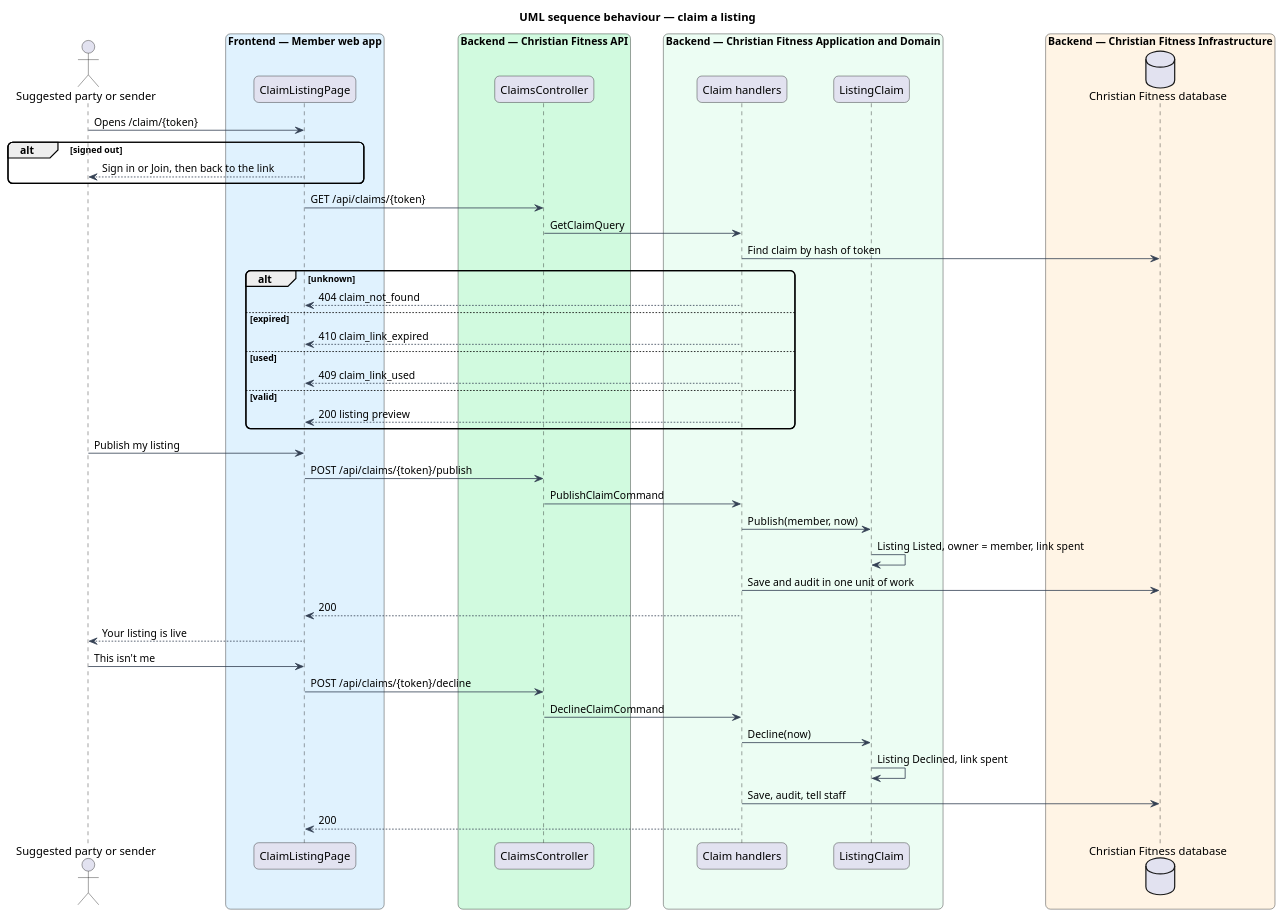
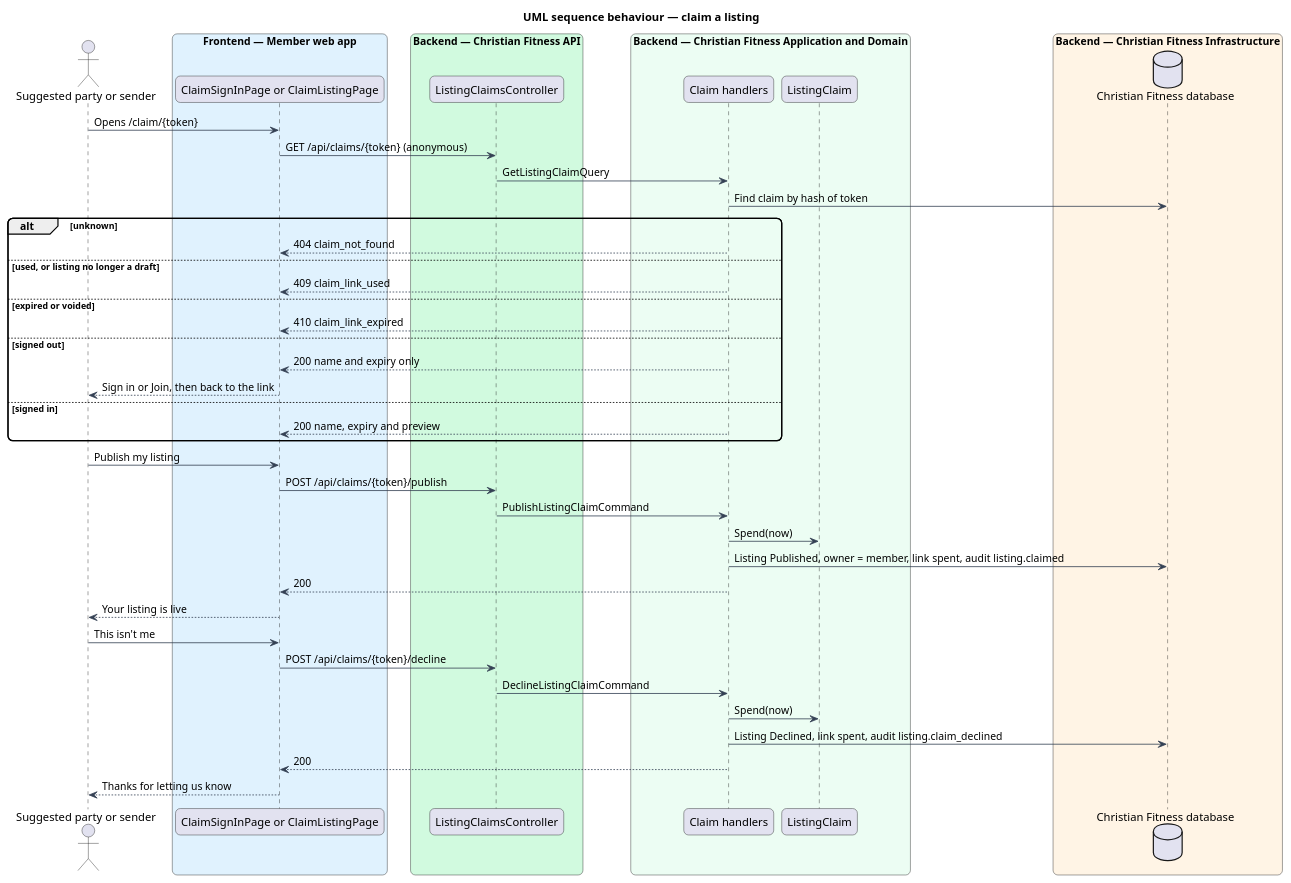
Before and after one commit to QuinntyneBrown/christian-fitness: the diagram in docs/detailed-designs/directory/claim-listing/diagrams/sequence-claim.puml, drawn with PlantUML. The commit also changed 41 other files, not shown here.

Commit message:
Journey 19: ADR 0091, claim mocks and design for claiming a listing

```diff
--- a/docs/detailed-designs/directory/claim-listing/diagrams/sequence-claim.puml
+++ b/docs/detailed-designs/directory/claim-listing/diagrams/sequence-claim.puml
@@ -1,53 +1,52 @@
 @startuml
 title UML sequence behaviour — claim a listing
 skinparam backgroundColor #FFFFFF
 skinparam shadowing false
 skinparam roundcorner 12
 skinparam defaultFontName Arial
 skinparam ArrowColor #344054
 actor "Suggested party or sender" as party
 box "Frontend — Member web app" #E0F2FE
-  participant "ClaimListingPage" as page
+  participant "ClaimSignInPage or ClaimListingPage" as page
 end box
 box "Backend — Christian Fitness API" #D1FADF
-  participant "ClaimsController" as ctrl
+  participant "ListingClaimsController" as ctrl
 end box
 box "Backend — Christian Fitness Application and Domain" #ECFDF3
   participant "Claim handlers" as h
   participant "ListingClaim" as claim
 end box
 box "Backend — Christian Fitness Infrastructure" #FFF4E5
   database "Christian Fitness database" as db
 end box
 party -> page : Opens /claim/{token}
-alt signed out
-  page --> party : Sign in or Join, then back to the link
-end
-page -> ctrl : GET /api/claims/{token}
-ctrl -> h : GetClaimQuery
+page -> ctrl : GET /api/claims/{token} (anonymous)
+ctrl -> h : GetListingClaimQuery
 h -> db : Find claim by hash of token
 alt unknown
   h --> page : 404 claim_not_found
-else expired
+else used, or listing no longer a draft
+  h --> page : 409 claim_link_used
+else expired or voided
   h --> page : 410 claim_link_expired
-else used
-  h --> page : 409 claim_link_used
-else valid
-  h --> page : 200 listing preview
+else signed out
+  h --> page : 200 name and expiry only
+  page --> party : Sign in or Join, then back to the link
+else signed in
+  h --> page : 200 name, expiry and preview
 end
 party -> page : Publish my listing
 page -> ctrl : POST /api/claims/{token}/publish
-ctrl -> h : PublishClaimCommand
-h -> claim : Publish(member, now)
-claim -> claim : Listing Listed, owner = member, link spent
-h -> db : Save and audit in one unit of work
+ctrl -> h : PublishListingClaimCommand
+h -> claim : Spend(now)
+h -> db : Listing Published, owner = member, link spent, audit listing.claimed
 h --> page : 200
 page --> party : Your listing is live
 party -> page : This isn't me
 page -> ctrl : POST /api/claims/{token}/decline
-ctrl -> h : DeclineClaimCommand
-h -> claim : Decline(now)
-claim -> claim : Listing Declined, link spent
-h -> db : Save, audit, tell staff
+ctrl -> h : DeclineListingClaimCommand
+h -> claim : Spend(now)
+h -> db : Listing Declined, link spent, audit listing.claim_declined
 h --> page : 200
+page --> party : Thanks for letting us know
 @enduml
```
